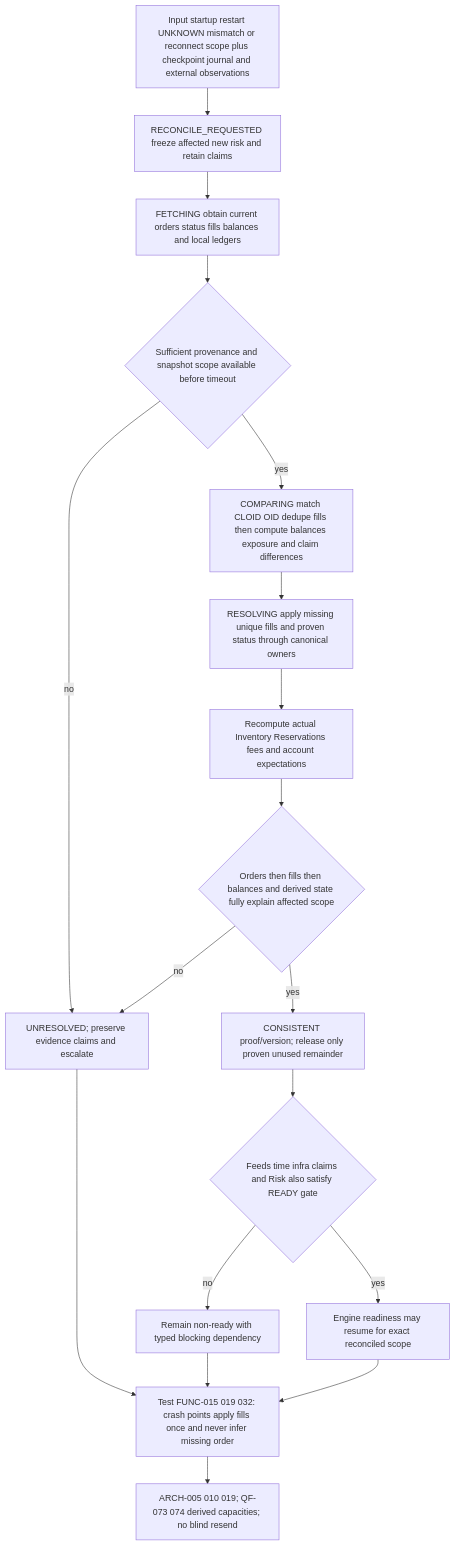
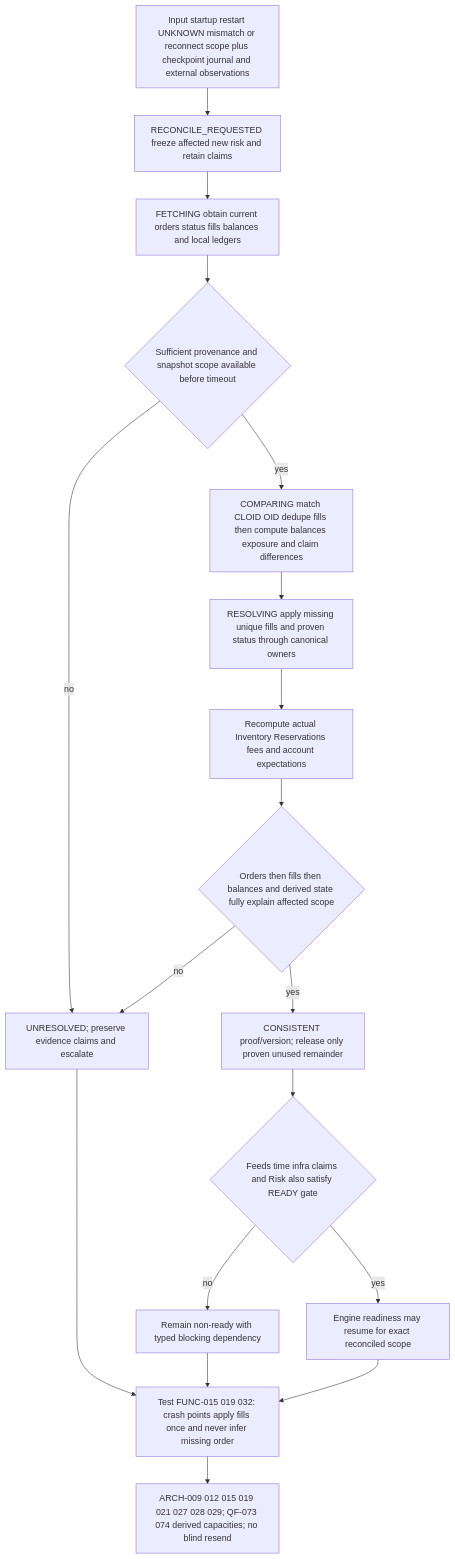
Before and after one commit to Insular2895/hyperliquid-arbitrage-bot: diagram 37 of 37 in docs_v2/deep-specs/architecture/15_ARCHITECTURE_VISUAL_ATLAS.md, drawn with Mermaid. The commit also changed other lines of this file and 3 other files, not shown here.

````diff
--- a/docs_v2/deep-specs/architecture/15_ARCHITECTURE_VISUAL_ATLAS.md
+++ b/docs_v2/deep-specs/architecture/15_ARCHITECTURE_VISUAL_ATLAS.md
@@ -1404,20 +1417,20 @@
 ```mermaid
 flowchart TD
     I37["Input startup restart UNKNOWN mismatch or reconnect scope plus checkpoint journal and external observations"] --> F37["RECONCILE_REQUESTED freeze affected new risk and retain claims"]
     F37 --> Q37["FETCHING obtain current orders status fills balances and local ledgers"]
     Q37 --> V37{"Sufficient provenance and snapshot scope available before timeout"}
     V37 -->|no| U37["UNRESOLVED; preserve evidence claims and escalate"]
     V37 -->|yes| C37["COMPARING match CLOID OID dedupe fills then compute balances exposure and claim differences"]
     C37 --> O37["RESOLVING apply missing unique fills and proven status through canonical owners"]
     O37 --> B37["Recompute actual Inventory Reservations fees and account expectations"]
     B37 --> D37{"Orders then fills then balances and derived state fully explain affected scope"}
     D37 -->|no| U37
     D37 -->|yes| S37["CONSISTENT proof/version; release only proven unused remainder"]
     S37 --> R37{"Feeds time infra claims and Risk also satisfy READY gate"}
     R37 -->|no| N37["Remain non-ready with typed blocking dependency"]
     R37 -->|yes| E37["Engine readiness may resume for exact reconciled scope"]
     E37 --> T37["Test FUNC-015 019 032: crash points apply fills once and never infer missing order"]
     U37 --> T37
     N37 --> T37
-    T37 --> Z37["ARCH-005 010 019; QF-073 074 derived capacities; no blind resend"]
+    T37 --> Z37["ARCH-009 012 015 019 021 027 028 029; QF-073 074 derived capacities; no blind resend"]
 ```
````
